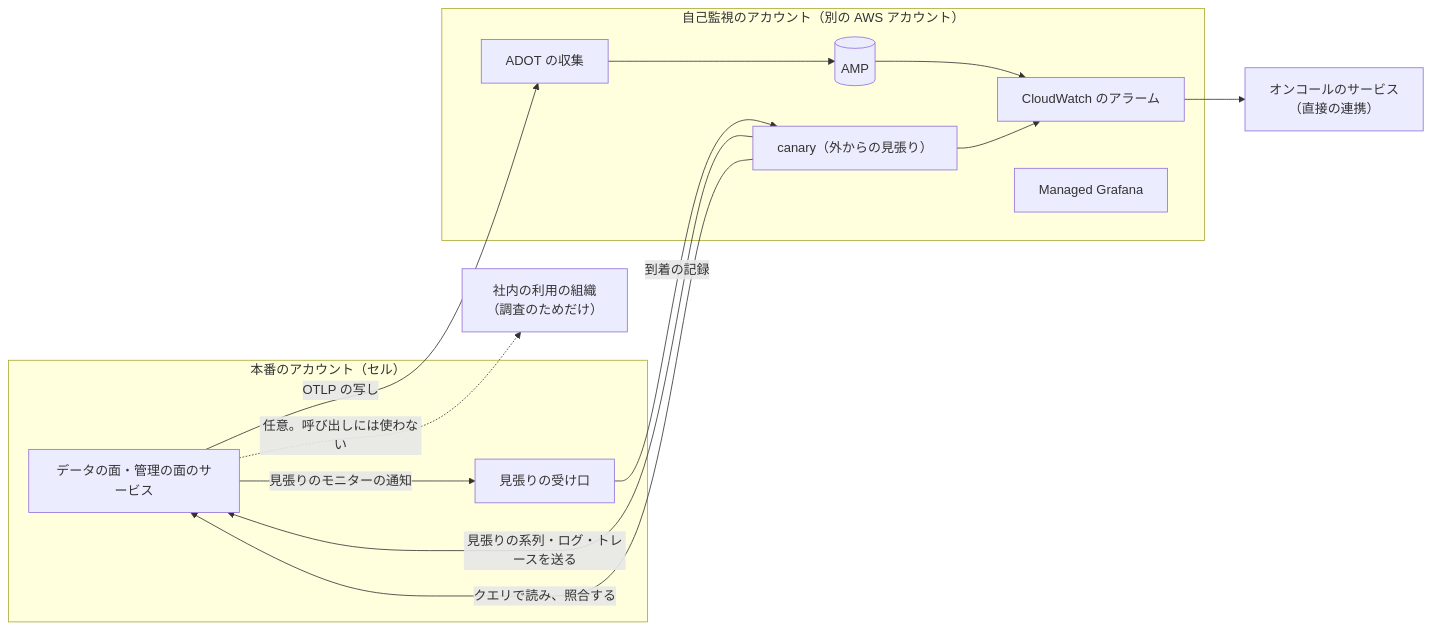
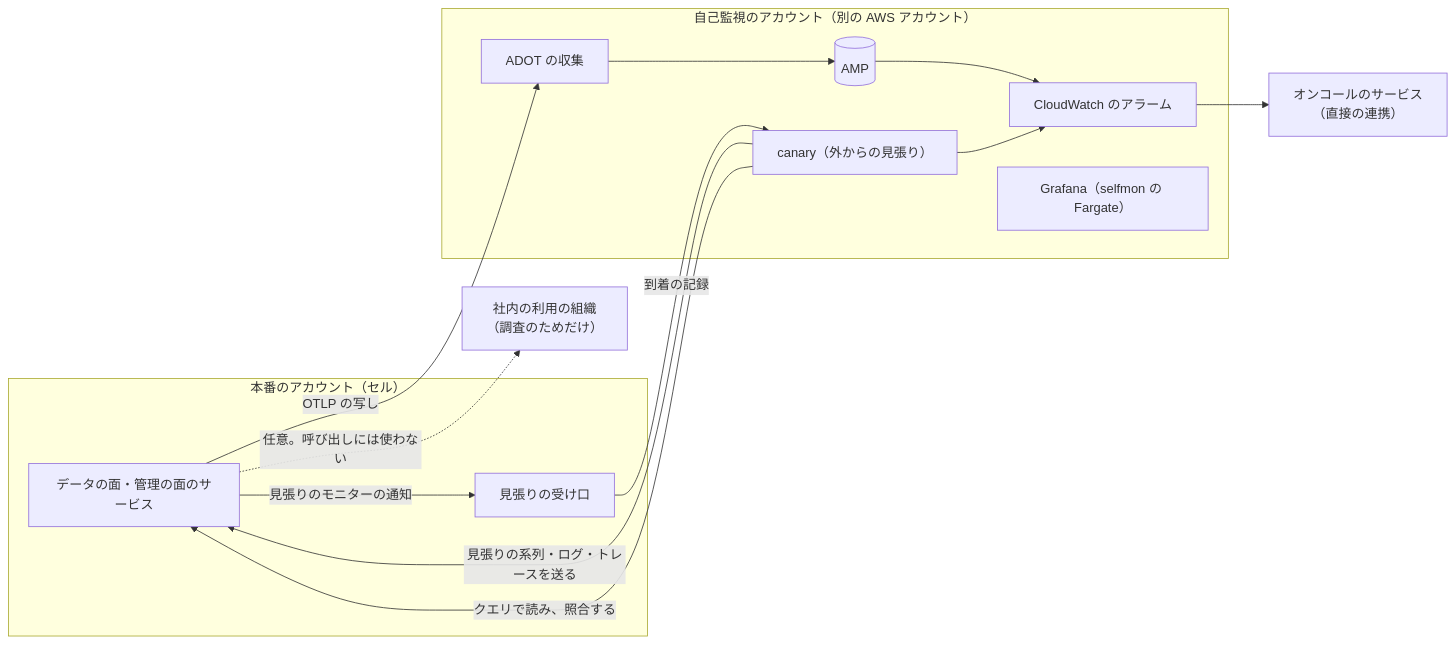
The diagram in systems/datadog/docs/runbooks/README.md (shoito/rebuilds), drawn with Mermaid before and after one commit. The commit also changed other lines of this file and 41 other files, not shown here.

````diff
--- a/systems/datadog/docs/runbooks/README.md
+++ b/systems/datadog/docs/runbooks/README.md
@@ -114,29 +142,29 @@
 ```mermaid
 flowchart LR
     subgraph prod["本番のアカウント（セル）"]
         svc["データの面・管理の面のサービス"]
         canaryrx["見張りの受け口"]
     end
 
     subgraph selfmon["自己監視のアカウント（別の AWS アカウント）"]
         adot["ADOT の収集"]
         amp[("AMP")]
         cw["CloudWatch のアラーム"]
-        graf["Managed Grafana"]
+        graf["Grafana（selfmon の Fargate）"]
         canary["canary（外からの見張り）"]
     end
 
     pager["オンコールのサービス<br/>（直接の連携）"]
     dog["社内の利用の組織<br/>（調査のためだけ）"]
 
     svc -->|"OTLP の写し"| adot
     adot --> amp
     amp --> cw
     cw --> pager
     canary -->|"見張りの系列・ログ・トレースを送る"| svc
     canary -->|"クエリで読み、照合する"| svc
     svc -->|"見張りのモニターの通知"| canaryrx
     canaryrx -->|"到着の記録"| canary
     canary --> cw
     svc -.->|"任意。呼び出しには使わない"| dog
 ```
````
